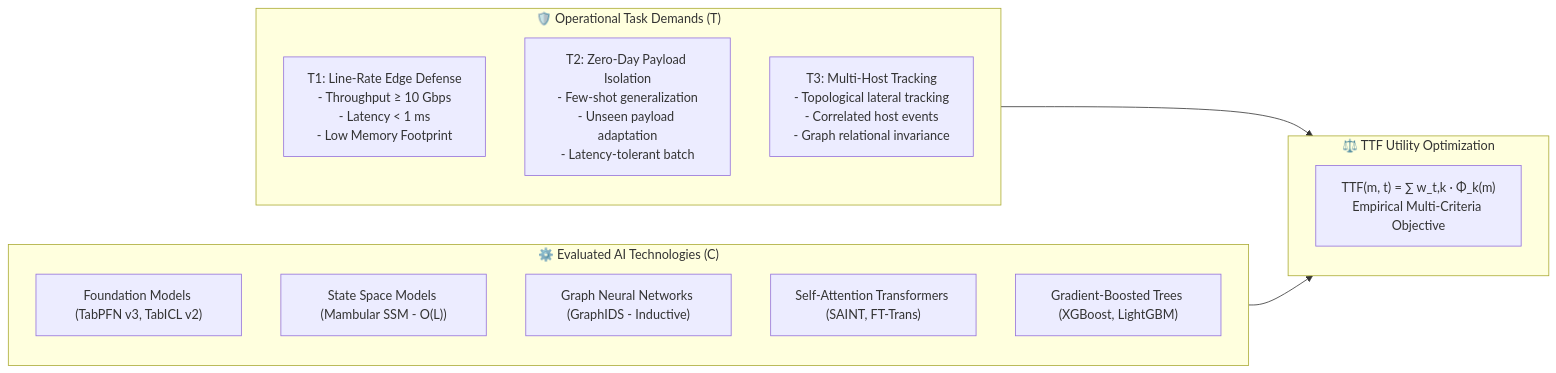
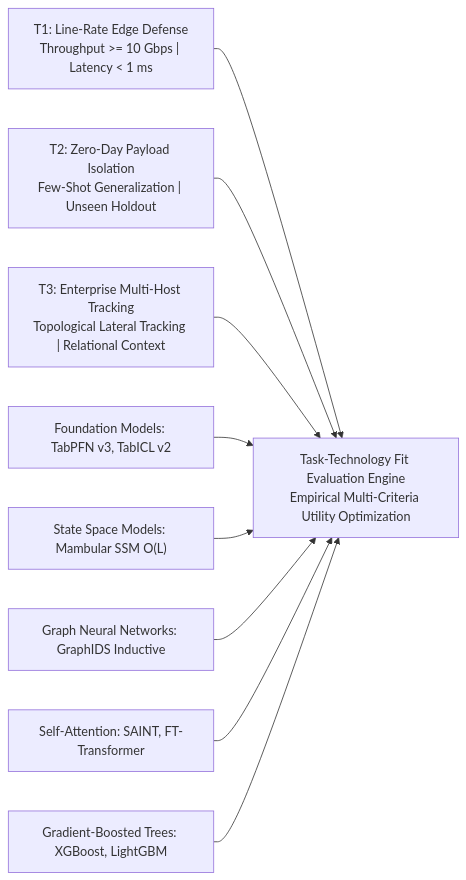
The first of 3 diagrams in docs/EXECUTION_PLAN.md (FY72X9/is_ai-vuln), drawn with Mermaid before and after one commit. The commit also changed other lines of this file and 2 other files, not shown here.

````diff
--- a/docs/EXECUTION_PLAN.md
+++ b/docs/EXECUTION_PLAN.md
@@ -15,23 +12,23 @@
 ```mermaid
-graph LR
-    subgraph OperationalTasks["🛡️ Operational Task Demands (T)"]
-        T1["T1: Line-Rate Edge Defense<br/>- Throughput ≥ 10 Gbps<br/>- Latency < 1 ms<br/>- Low Memory Footprint"]
-        T2["T2: Zero-Day Payload Isolation<br/>- Few-shot generalization<br/>- Unseen payload adaptation<br/>- Latency-tolerant batch"]
-        T3["T3: Multi-Host Tracking<br/>- Topological lateral tracking<br/>- Correlated host events<br/>- Graph relational invariance"]
-    end
+flowchart LR
+    T1["T1: Line-Rate Edge Defense<br/>Throughput >= 10 Gbps | Latency < 1 ms"]
+    T2["T2: Zero-Day Payload Isolation<br/>Few-Shot Generalization | Unseen Holdout"]
+    T3["T3: Enterprise Multi-Host Tracking<br/>Topological Lateral Tracking | Relational Context"]
 
-    subgraph EvaluatedTechnologies["⚙️ Evaluated AI Technologies (C)"]
-        C1["Foundation Models (TabPFN v3, TabICL v2)"]
-        C2["State Space Models (Mambular SSM - O(L))"]
-        C3["Graph Neural Networks (GraphIDS - Inductive)"]
-        C4["Self-Attention Transformers (SAINT, FT-Trans)"]
-        C5["Gradient-Boosted Trees (XGBoost, LightGBM)"]
-    end
+    C1["Foundation Models: TabPFN v3, TabICL v2"]
+    C2["State Space Models: Mambular SSM O(L)"]
+    C3["Graph Neural Networks: GraphIDS Inductive"]
+    C4["Self-Attention: SAINT, FT-Transformer"]
+    C5["Gradient-Boosted Trees: XGBoost, LightGBM"]
 
-    subgraph TTF_Evaluation["⚖️ TTF Utility Optimization"]
-        U["TTF(m, t) = ∑ w_t,k · Φ_k(m)<br/>Empirical Multi-Criteria Objective"]
-    end
+    TTF["Task-Technology Fit Evaluation Engine<br/>Empirical Multi-Criteria Utility Optimization"]
 
-    OperationalTasks --> TTF_Evaluation
-    EvaluatedTechnologies --> TTF_Evaluation
+    T1 --> TTF
+    T2 --> TTF
+    T3 --> TTF
+    C1 --> TTF
+    C2 --> TTF
+    C3 --> TTF
+    C4 --> TTF
+    C5 --> TTF
 ```
````
